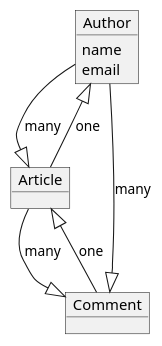
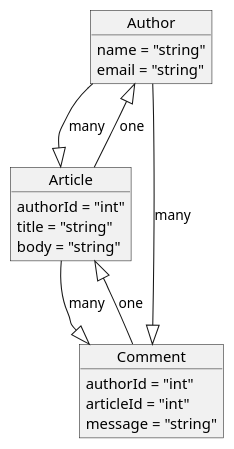
The diagram in doc/resources/UML.md (FantasticFiasco/sandbox-hateoas), drawn with PlantUML before and after one commit.

```diff
--- a/doc/resources/UML.md
+++ b/doc/resources/UML.md
@@ -4,23 +4,27 @@
 @startuml;
 object Author {
-    name
-    email
+    name = "string"
+    email = "string"
 }
 
 object Article {
-
+    authorId = "int"
+    title = "string"
+    body = "string"
 }
 
 object Comment {
-
+    authorId = "int"
+    articleId = "int"
+    message = "string"
 }
 
 Author --|> Article : many
 Article --|> Author : one
     
 Article --|> Comment : many
 Comment --|> Article : one
 
 Author --|> Comment : many
 
 @enduml
```
